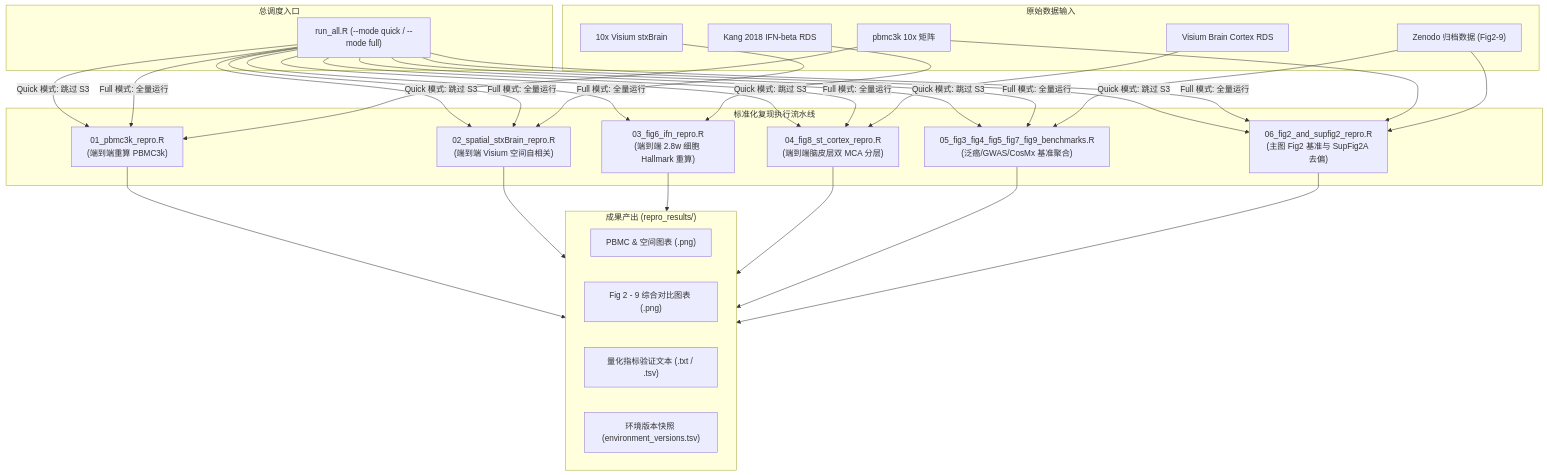
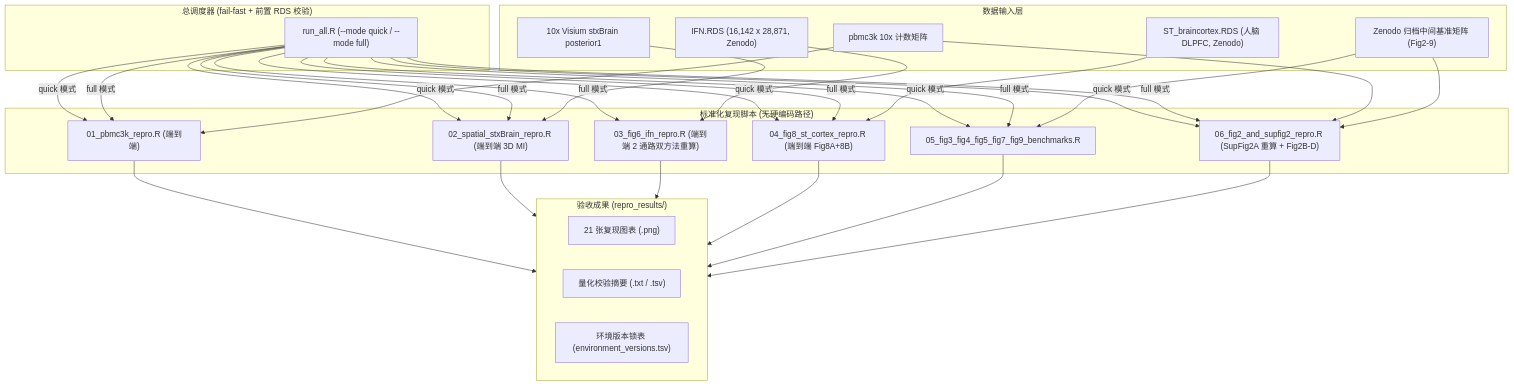
One commit to Andrew-li777/PaaSc-reproduction changed the diagram in README.md. Above: the diagram before and after it, drawn with Mermaid. The commit also changed other lines of this file and 13 other files, not shown here.

Commit message:
fix: remove hardcoded paths, add fail-fast orchestration, and align docs with SSOT results

````diff
--- a/README.md
+++ b/README.md
@@ -145,41 +136,40 @@
 ```mermaid
 flowchart TD
-    subgraph RawData ["原始数据输入"]
-        D1["pbmc3k 10x 矩阵"]
-        D2["10x Visium stxBrain"]
-        D3["Kang 2018 IFN-beta RDS"]
-        D4["Visium Brain Cortex RDS"]
-        D5["Zenodo 归档数据 (Fig2-9)"]
+    subgraph RawData ["数据输入层"]
+        D1["pbmc3k 10x 计数矩阵"]
+        D2["10x Visium stxBrain posterior1"]
+        D3["IFN.RDS (16,142 x 28,871, Zenodo)"]
+        D4["ST_braincortex.RDS (人脑 DLPFC, Zenodo)"]
+        D5["Zenodo 归档中间基准矩阵 (Fig2-9)"]
     end
 
-    subgraph ReproScripts ["标准化复现执行流水线"]
-        S1["01_pbmc3k_repro.R<br/>(端到端重算 PBMC3k)"]
-        S2["02_spatial_stxBrain_repro.R<br/>(端到端 Visium 空间自相关)"]
-        S3["03_fig6_ifn_repro.R<br/>(端到端 2.8w 细胞 Hallmark 重算)"]
-        S4["04_fig8_st_cortex_repro.R<br/>(端到端脑皮层双 MCA 分层)"]
-        S5["05_fig3_fig4_fig5_fig7_fig9_benchmarks.R<br/>(泛癌/GWAS/CosMx 基准聚合)"]
-        S6["06_fig2_and_supfig2_repro.R<br/>(主图 Fig2 基准与 SupFig2A 去偏)"]
+    subgraph ReproScripts ["标准化复现脚本 (无硬编码路径)"]
+        S1["01_pbmc3k_repro.R (端到端)"]
+        S2["02_spatial_stxBrain_repro.R (端到端 3D MI)"]
+        S3["03_fig6_ifn_repro.R (端到端 2 通路双方法重算)"]
+        S4["04_fig8_st_cortex_repro.R (端到端 Fig8A+8B)"]
+        S5["05_fig3_fig4_fig5_fig7_fig9_benchmarks.R"]
+        S6["06_fig2_and_supfig2_repro.R (SupFig2A 重算 + Fig2B-D)"]
     end
 
-    subgraph Runner ["总调度入口"]
+    subgraph Runner ["总调度器 (fail-fast + 前置 RDS 校验)"]
         R0["run_all.R (--mode quick / --mode full)"]
     end
 
-    subgraph Outputs ["成果产出 (repro_results/)"]
-        O1["PBMC & 空间图表 (.png)"]
-        O2["Fig 2 - 9 综合对比图表 (.png)"]
-        O3["量化指标验证文本 (.txt / .tsv)"]
-        O4["环境版本快照 (environment_versions.tsv)"]
+    subgraph Outputs ["验收成果 (repro_results/)"]
+        O1["21 张复现图表 (.png)"]
+        O2["量化校验摘要 (.txt / .tsv)"]
+        O3["环境版本锁表 (environment_versions.tsv)"]
     end
 
-    R0 -->|Quick 模式: 跳过 S3| S1 & S2 & S4 & S5 & S6
-    R0 -->|Full 模式: 全量运行| S1 & S2 & S3 & S4 & S5 & S6
+    R0 -->|quick 模式| S1 & S2 & S4 & S5 & S6
+    R0 -->|full 模式| S1 & S2 & S3 & S4 & S5 & S6
 
     D1 --> S1 & S6
     D2 --> S2
     D3 --> S3
     D4 --> S4
     D5 --> S5 & S6
 
     S1 & S2 & S3 & S4 & S5 & S6 --> Outputs
 ```
````
